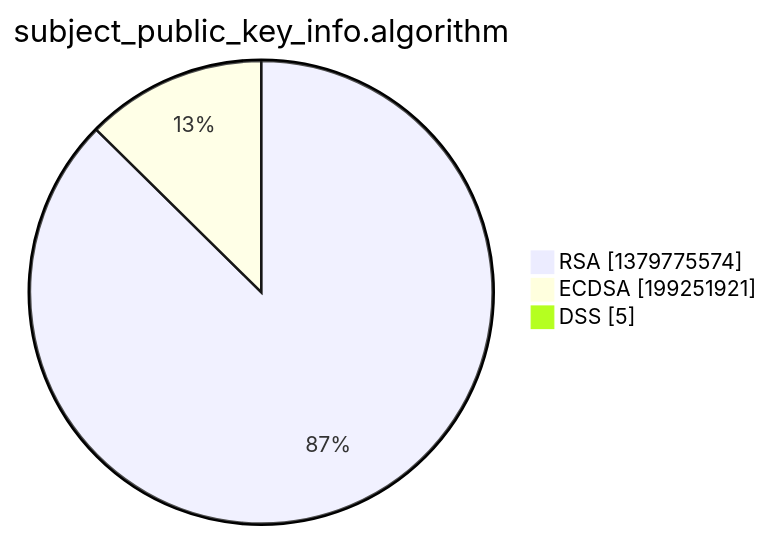
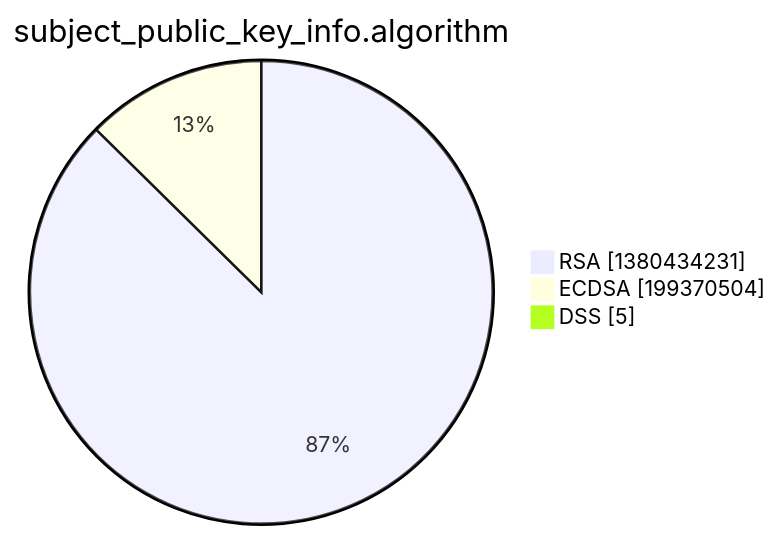
One commit to christiankrug/ctmonitor_visualization changed the third of 15 diagrams in xenon2022/README.md. Above: the diagram before and after it, drawn with Mermaid. The commit also changed other lines of this file, not shown here.

````diff
--- a/xenon2022/README.md
+++ b/xenon2022/README.md
@@ -14,7 +14,7 @@
 ```mermaid
 pie showData
 title subject_public_key_info.algorithm
-"RSA" :1379775574
-"ECDSA" :199251921
+"RSA" :1380434231
+"ECDSA" :199370504
 "DSS" :5
 ```
````
